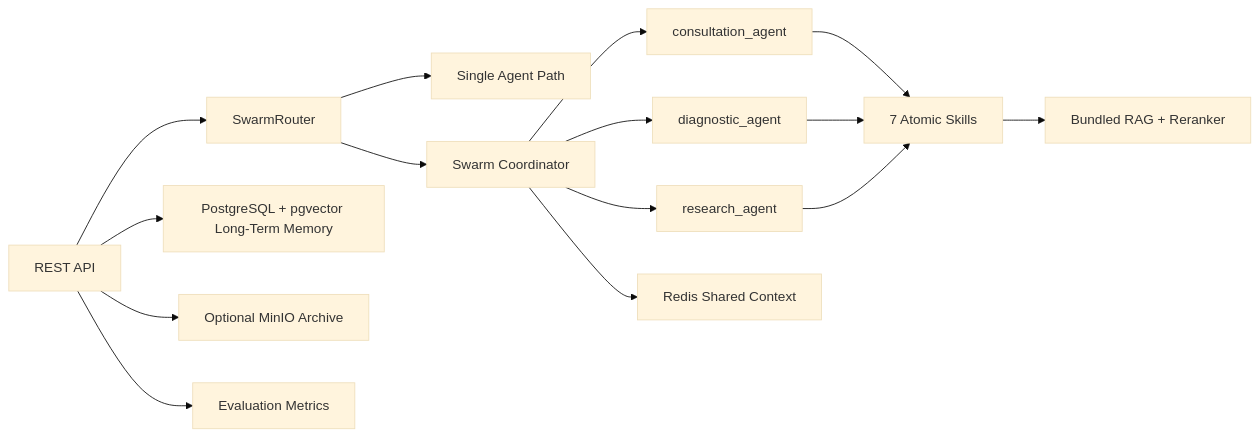
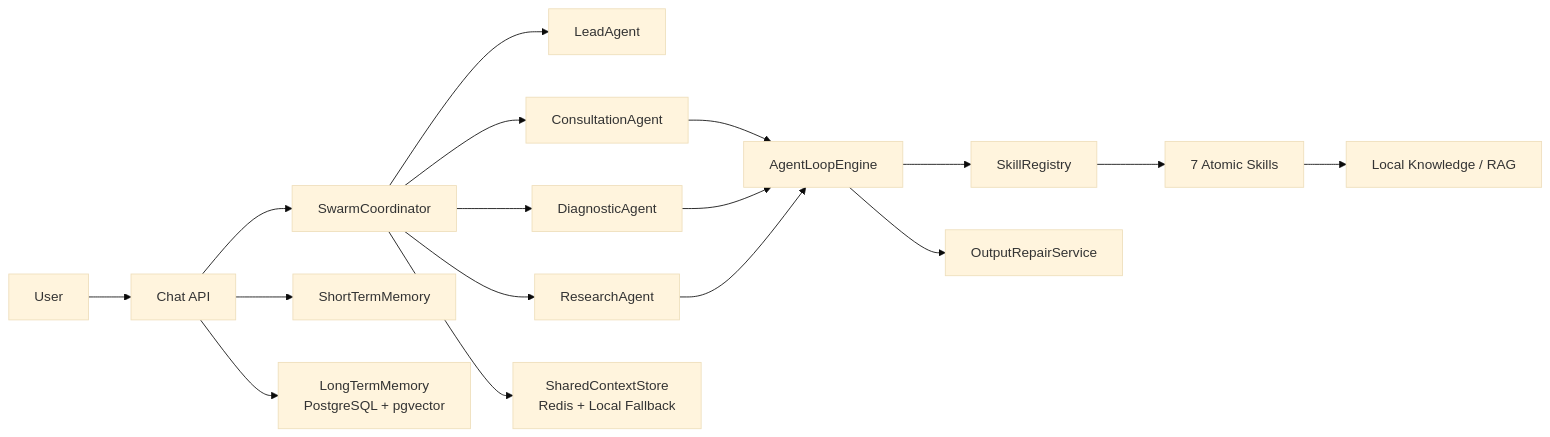
One commit to Bess509/-_Autonomous-Agents changed the diagram in medix-java/README.md. Above: the diagram before and after it, drawn with Mermaid (base theme). The commit also changed other lines of this file and 1 other file, not shown here.

````diff
--- a/medix-java/README.md
+++ b/medix-java/README.md
@@ -19,17 +29,19 @@
 ```mermaid
 flowchart LR
-    API["REST API"] --> Router["SwarmRouter"]
-    Router --> Single["Single Agent Path"]
-    Router --> Swarm["Swarm Coordinator"]
-    Swarm --> C["consultation_agent"]
-    Swarm --> D["diagnostic_agent"]
-    Swarm --> R["research_agent"]
-    C --> Skills["7 Atomic Skills"]
-    D --> Skills
-    R --> Skills
-    Skills --> RAG["Bundled RAG + Reranker"]
-    Swarm --> Redis["Redis Shared Context"]
-    API --> Memory["PostgreSQL + pgvector Long-Term Memory"]
-    API --> MinIO["Optional MinIO Archive"]
-    API --> Eval["Evaluation Metrics"]
+    User["User"] --> API["Chat API"]
+    API --> Coordinator["SwarmCoordinator"]
+    Coordinator --> Lead["LeadAgent"]
+    Coordinator --> C["ConsultationAgent"]
+    Coordinator --> D["DiagnosticAgent"]
+    Coordinator --> R["ResearchAgent"]
+    C --> Loop["AgentLoopEngine"]
+    D --> Loop
+    R --> Loop
+    Loop --> Registry["SkillRegistry"]
+    Registry --> Skills["7 Atomic Skills"]
+    Skills --> RAG["Local Knowledge / RAG"]
+    Coordinator --> Shared["SharedContextStore<br/>Redis + Local Fallback"]
+    API --> STM["ShortTermMemory"]
+    API --> LTM["LongTermMemory<br/>PostgreSQL + pgvector"]
+    Loop --> Repair["OutputRepairService"]
 ```
````
